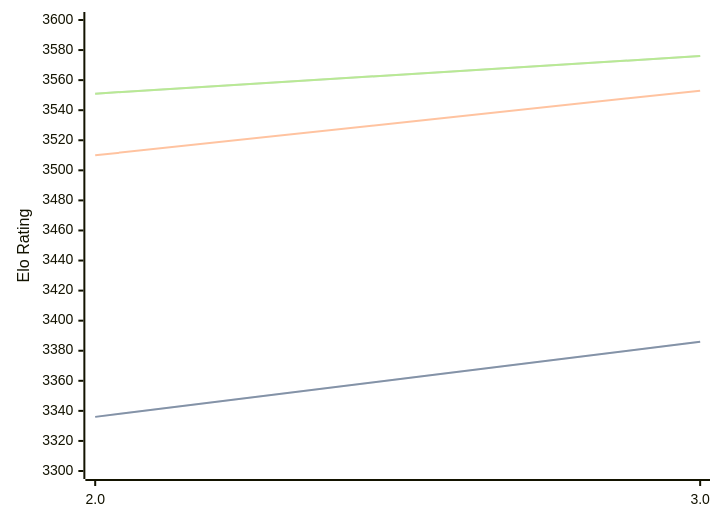
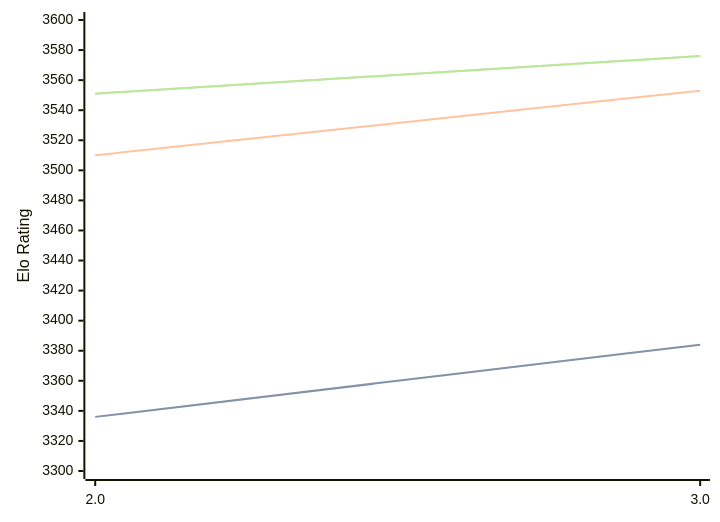
The diagram in engines/Quanticade.md (computer-chess-index/cci), drawn with Mermaid before and after one commit. The commit also changed other lines of this file, not shown here.

Commit message:
Update CCI Ratings (ELO VLTC) - 2026-03-09

````diff
--- a/engines/Quanticade.md
+++ b/engines/Quanticade.md
@@ -39,11 +39,11 @@
 ```mermaid
 %%{init: {"theme":"base","themeVariables":{"seriesColors:['#a3a3a3','#222221','#faa371']}}}%%
 xychart-beta
   x-axis ["2.0", "3.0"]
   y-axis "Elo Rating" 3300 --> 3600
-  line "STC (8.0+0.08s)" [3336, 3386]
-  line "STC (8.0+0.08s)" [3336, 3386]
+  line "STC (8.0+0.08s)" [3336, 3384]
+  line "STC (8.0+0.08s)" [3336, 3384]
   line "LTC (60.0+0.60s)" [3510, 3553]
   line "VLTC (2m24s+1.12s)" [3551, 3576]
   line "VLTC (2m24s+1.12s)" [3551, 3576]
 ```
````
